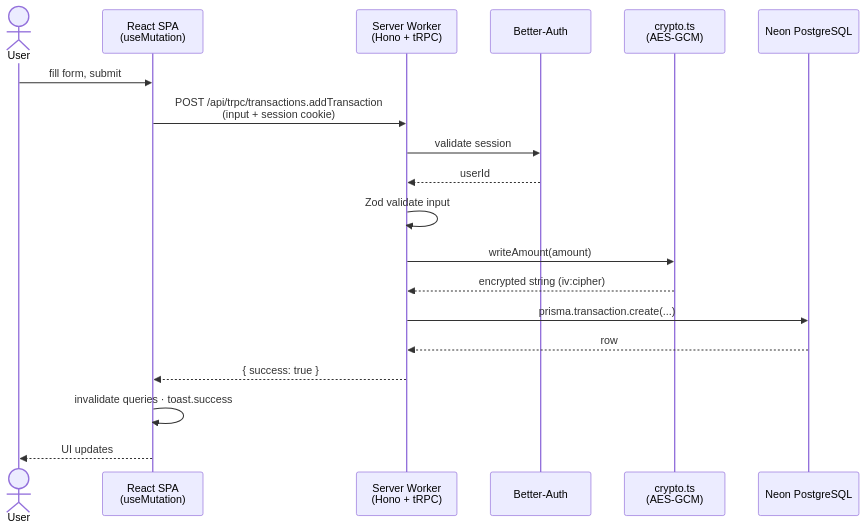
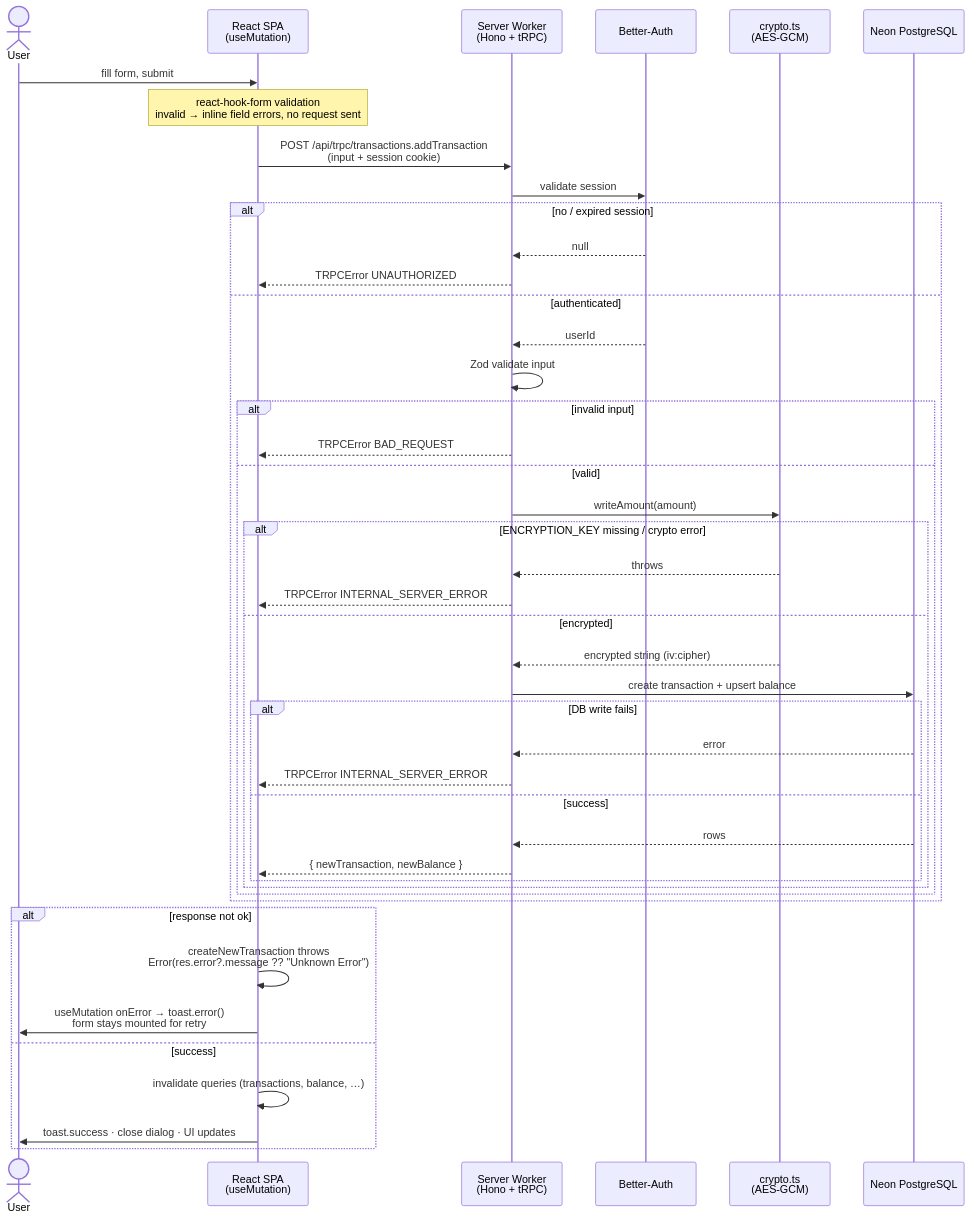
Before and after one commit to Pet3r1512/Zemonie: the second of 4 diagrams in SYSTEM_DESIGN.md, drawn with Mermaid. The commit also changed other lines of this file, not shown here.

Commit message:
doc: add error-handling to add-transaction flow diagrams

````diff
--- a/SYSTEM_DESIGN.md
+++ b/SYSTEM_DESIGN.md
@@ -63,22 +63,51 @@
 ```mermaid
 sequenceDiagram
     actor User
     participant SPA as React SPA<br/>(useMutation)
     participant API as Server Worker<br/>(Hono + tRPC)
     participant Auth as Better-Auth
     participant Crypto as crypto.ts<br/>(AES-GCM)
     participant DB as Neon PostgreSQL
 
     User->>SPA: fill form, submit
+
+    Note over SPA: react-hook-form validation<br/>invalid → inline field errors, no request sent
+
     SPA->>API: POST /api/trpc/transactions.addTransaction<br/>(input + session cookie)
+
     API->>Auth: validate session
-    Auth-->>API: userId
-    API->>API: Zod validate input
-    API->>Crypto: writeAmount(amount)
-    Crypto-->>API: encrypted string (iv:cipher)
-    API->>DB: prisma.transaction.create(...)
-    DB-->>API: row
-    API-->>SPA: { success: true }
-    SPA->>SPA: invalidate queries · toast.success
-    SPA-->>User: UI updates
+    alt no / expired session
+        Auth-->>API: null
+        API-->>SPA: TRPCError UNAUTHORIZED
+    else authenticated
+        Auth-->>API: userId
+        API->>API: Zod validate input
+        alt invalid input
+            API-->>SPA: TRPCError BAD_REQUEST
+        else valid
+            API->>Crypto: writeAmount(amount)
+            alt ENCRYPTION_KEY missing / crypto error
+                Crypto-->>API: throws
+                API-->>SPA: TRPCError INTERNAL_SERVER_ERROR
+            else encrypted
+                Crypto-->>API: encrypted string (iv:cipher)
+                API->>DB: create transaction + upsert balance
+                alt DB write fails
+                    DB-->>API: error
+                    API-->>SPA: TRPCError INTERNAL_SERVER_ERROR
+                else success
+                    DB-->>API: rows
+                    API-->>SPA: { newTransaction, newBalance }
+                end
+            end
+        end
+    end
+
+    alt response not ok
+        SPA->>SPA: createNewTransaction throws<br/>Error(res.error?.message ?? "Unknown Error")
+        SPA->>User: useMutation onError → toast.error()<br/>form stays mounted for retry
+    else success
+        SPA->>SPA: invalidate queries (transactions, balance, …)
+        SPA->>User: toast.success · close dialog · UI updates
+    end
 ```
````
